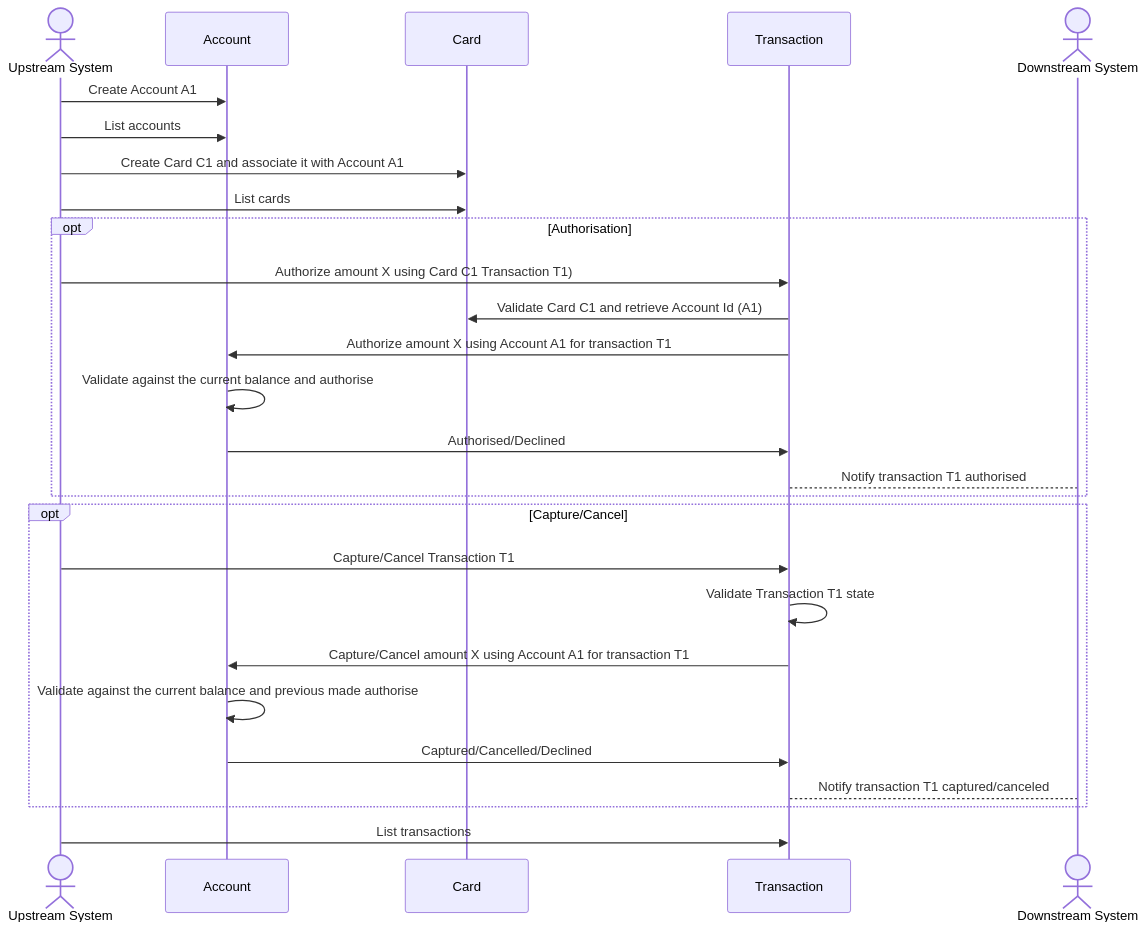
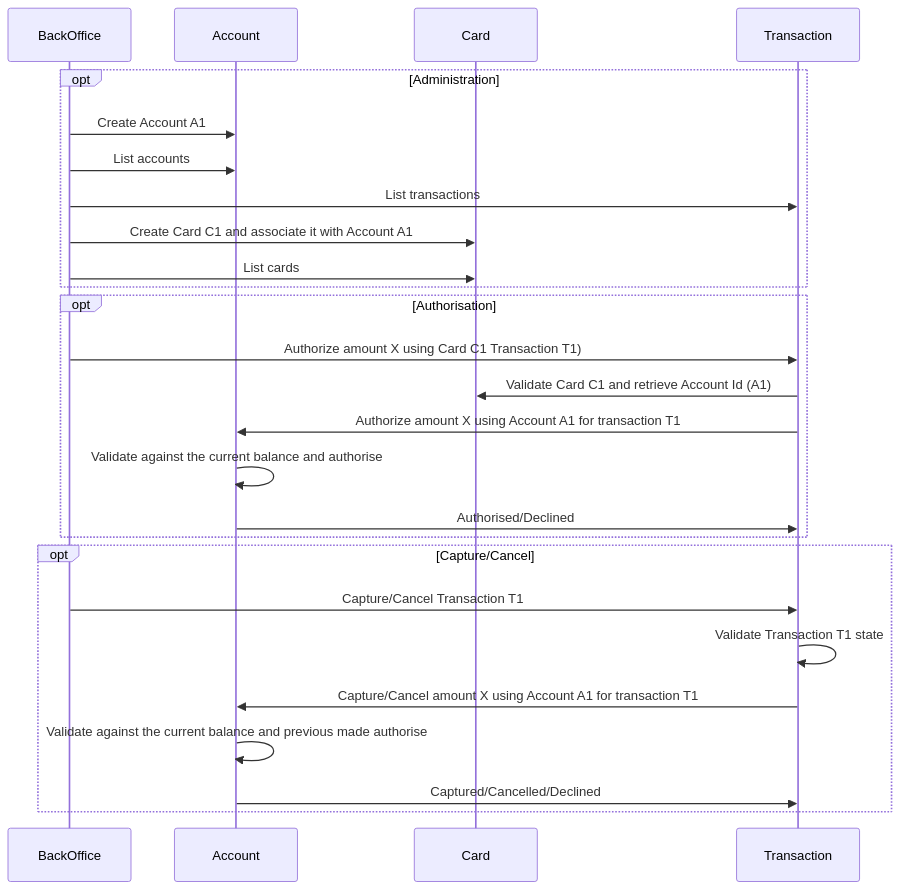
Before and after one commit to aklikic/fintech-workshop: the first of 2 diagrams in README.md, drawn with Mermaid. The commit also changed other lines of this file, not shown here.

Commit message:
diagram update

````diff
--- a/README.md
+++ b/README.md
@@ -4,30 +4,28 @@
 ```mermaid
 sequenceDiagram
-    actor US as  Upstream System
+    participant BO as BackOffice
     participant Account as Account
     participant Card as Card
     participant Trans as Transaction
-    actor DS as  Downstream System
-    US->>Account: Create Account A1
-    US->>Account: List accounts
-    US->>Card: Create Card C1 and associate it with Account A1
-    US->>Card: List cards
+    opt Administration
+        BO->>Account: Create Account A1
+        BO->>Account: List accounts
+        BO->>Trans: List transactions
+        BO->>Card: Create Card C1 and associate it with Account A1
+        BO->>Card: List cards
+    end
     opt Authorisation
-        US->>Trans: Authorize amount X using Card C1 Transaction T1)
+        BO->>Trans: Authorize amount X using Card C1 Transaction T1)
         Trans->>Card: Validate Card C1 and retrieve Account Id (A1)
         Trans->>Account: Authorize amount X using Account A1 for transaction T1
         Account->>Account: Validate against the current balance and authorise
         Account->>Trans: Authorised/Declined
-        Trans-->DS: Notify transaction T1 authorised
     end
     opt Capture/Cancel
-        US->>Trans: Capture/Cancel Transaction T1
+        BO->>Trans: Capture/Cancel Transaction T1
         Trans->>Trans: Validate Transaction T1 state
         Trans->>Account: Capture/Cancel amount X using Account A1 for transaction T1
         Account->>Account: Validate against the current balance and previous made authorise
         Account->>Trans: Captured/Cancelled/Declined
-        Trans-->DS: Notify transaction T1 captured/canceled
     end
-    US->>Trans: List transactions
-
 ```
````
